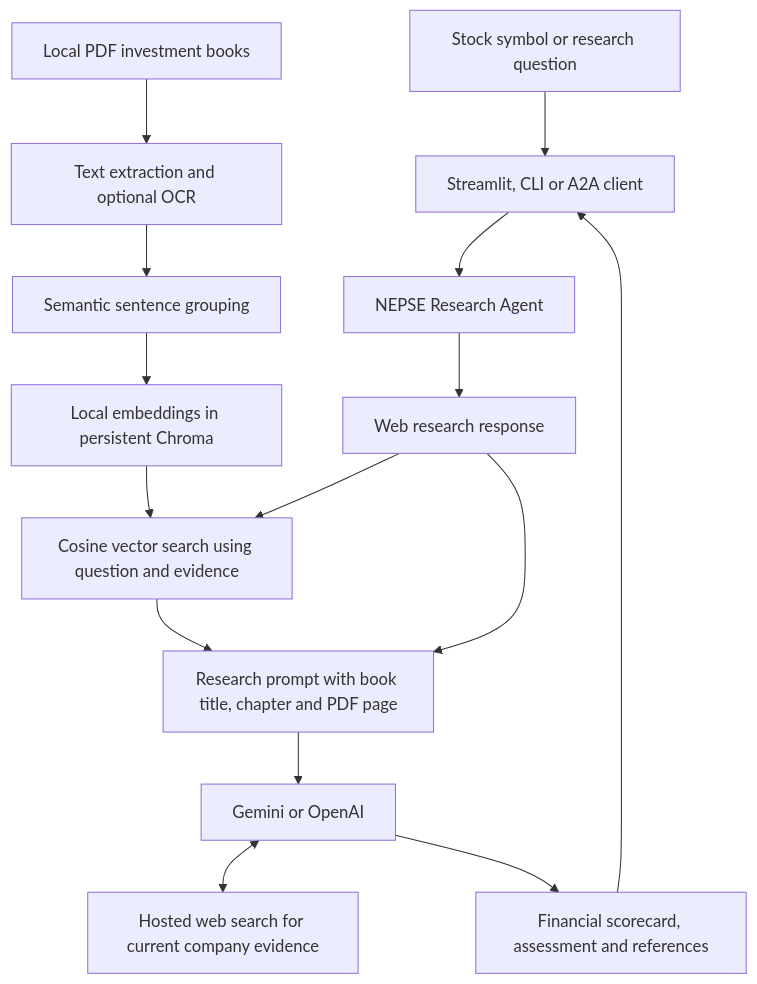
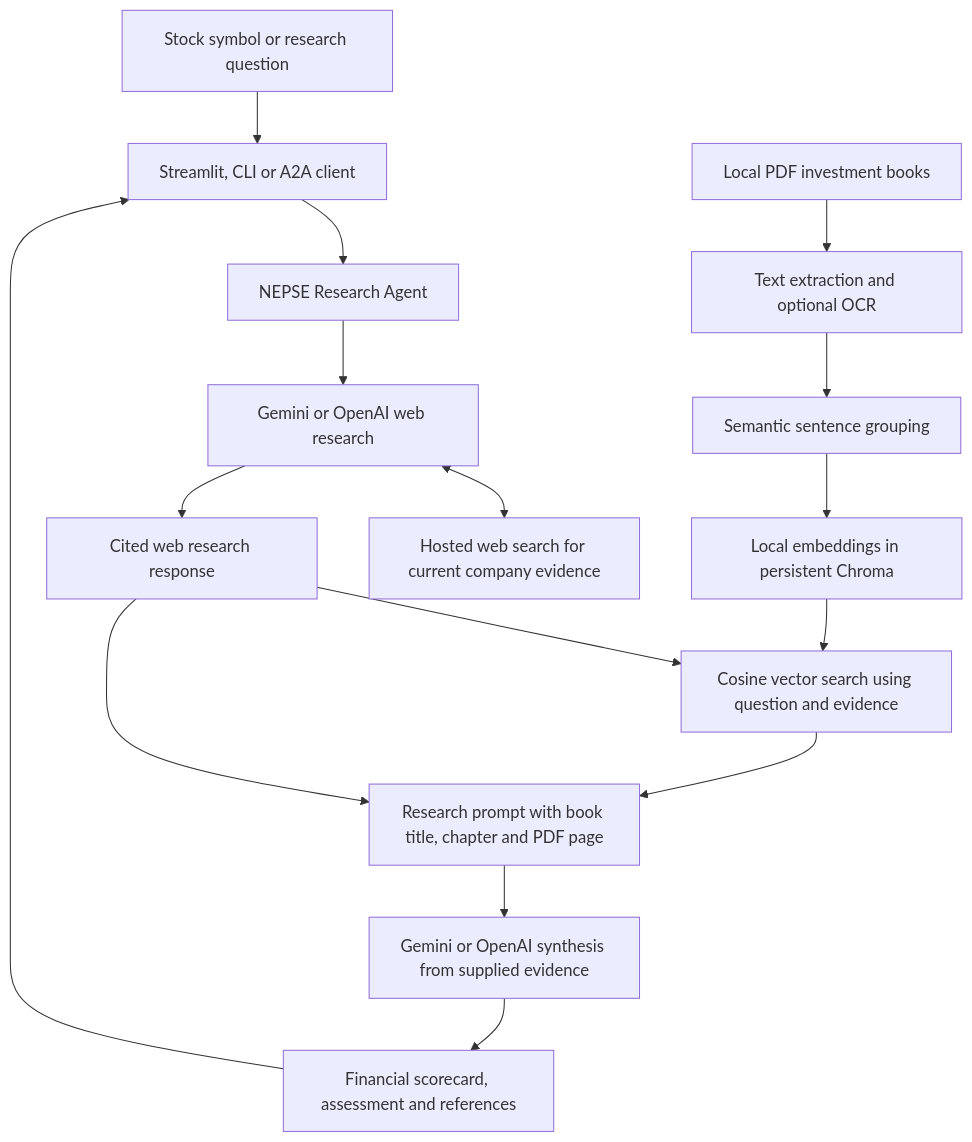
The diagram in README.md (Dhakal29/stocks-research-agent), drawn with Mermaid before and after one commit. The commit also changed other lines of this file and 6 other files, not shown here.

````diff
--- a/README.md
+++ b/README.md
@@ -18,17 +18,18 @@
 ```mermaid
 flowchart TD
     User[Stock symbol or research question] --> Interface[Streamlit, CLI or A2A client]
     Interface --> Agent[NEPSE Research Agent]
     Books[Local PDF investment books] --> Extract[Text extraction and optional OCR]
     Extract --> Chunk[Semantic sentence grouping]
     Chunk --> Index[Local embeddings in persistent Chroma]
-    Agent --> Evidence[Web research response]
+    Agent --> Web[Gemini or OpenAI web research]
+    Web <--> Search[Hosted web search for current company evidence]
+    Web --> Evidence[Cited web research response]
     Evidence --> Retrieve[Cosine vector search using question and evidence]
     Index --> Retrieve
     Retrieve --> Prompt[Research prompt with book title, chapter and PDF page]
     Evidence --> Prompt
-    Prompt --> Model[Gemini or OpenAI]
-    Model <--> Search[Hosted web search for current company evidence]
+    Prompt --> Model[Gemini or OpenAI synthesis from supplied evidence]
     Model --> Report[Financial scorecard, assessment and references]
     Report --> Interface
 ```
````
